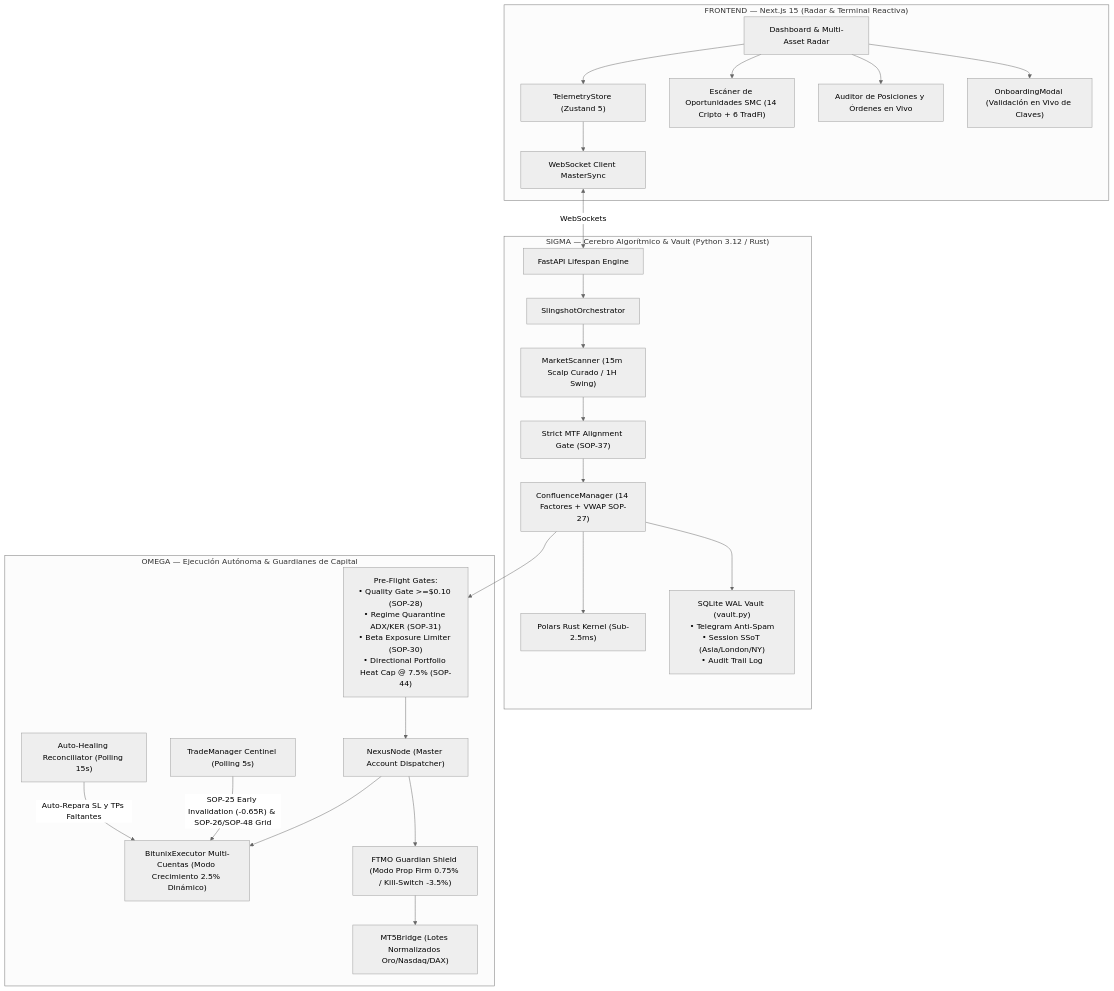
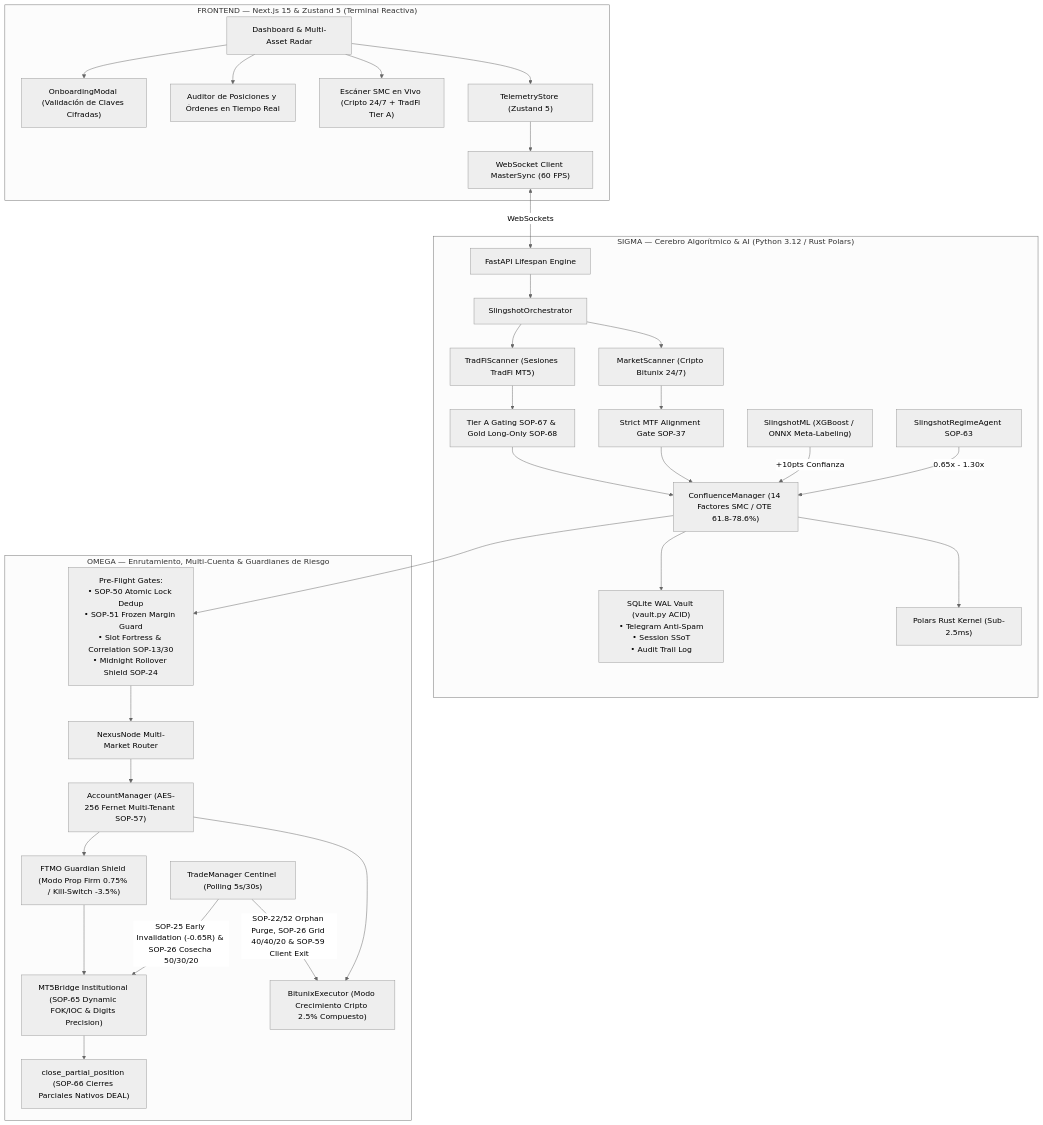
The diagram in README.md (matiquelmec/Slingshot), drawn with Mermaid (neutral theme) before and after one commit. The commit also changed other lines of this file and 14 other files, not shown here.

Commit message:
feat(execution): SOP-58 emergency SL breach exit, SOP-59 lifecycle alerts, dynamic precision & multi-account decoupling

````diff
--- a/README.md
+++ b/README.md
@@ -42,31 +59,38 @@
 ```mermaid
 graph TB
-    subgraph "FRONTEND — Next.js 15 (Radar & Terminal Reactiva)"
+    subgraph "FRONTEND — Next.js 15 & Zustand 5 (Terminal Reactiva)"
         A["Dashboard & Multi-Asset Radar"] --> B["TelemetryStore (Zustand 5)"]
-        B --> C["WebSocket Client MasterSync"]
-        A --> D["Escáner de Oportunidades SMC (14 Cripto + 6 TradFi)"]
-        A --> E["Auditor de Posiciones y Órdenes en Vivo"]
-        A --> OB["OnboardingModal (Validación en Vivo de Claves)"]
+        B --> C["WebSocket Client MasterSync (60 FPS)"]
+        A --> D["Escáner SMC en Vivo (Cripto 24/7 + TradFi Tier A)"]
+        A --> E["Auditor de Posiciones y Órdenes en Tiempo Real"]
+        A --> OB["OnboardingModal (Validación de Claves Cifradas)"]
     end
 
-    subgraph "SIGMA — Cerebro Algorítmico & Vault (Python 3.12 / Rust)"
+    subgraph "SIGMA — Cerebro Algorítmico & AI (Python 3.12 / Rust Polars)"
         J["FastAPI Lifespan Engine"] --> K["SlingshotOrchestrator"]
-        K --> L["MarketScanner (15m Scalp Curado / 1H Swing)"]
-        L --> MTF["Strict MTF Alignment Gate (SOP-37)"]
-        MTF --> M["ConfluenceManager (14 Factores + VWAP SOP-27)"]
+        K --> L1["MarketScanner (Cripto Bitunix 24/7)"]
+        K --> L2["TradFiScanner (Sesiones TradFi MT5)"]
+        L1 --> MTF["Strict MTF Alignment Gate SOP-37"]
+        L2 --> TIER["Tier A Gating SOP-67 & Gold Long-Only SOP-68"]
+        MTF --> M["ConfluenceManager (14 Factores SMC / OTE 61.8-78.6%)"]
+        TIER --> M
+        ML["SlingshotML (XGBoost / ONNX Meta-Labeling)"] -->|+10pts Confianza| M
+        REG["SlingshotRegimeAgent SOP-63"] -->|0.65x - 1.30x| M
         M --> POLARS["Polars Rust Kernel (Sub-2.5ms)"]
-        M --> V["SQLite WAL Vault (vault.py)<br/>• Telegram Anti-Spam<br/>• Session SSoT (Asia/London/NY)<br/>• Audit Trail Log"]
+        M --> V["SQLite WAL Vault (vault.py ACID)<br/>• Telegram Anti-Spam<br/>• Session SSoT<br/>• Audit Trail Log"]
     end
 
-    subgraph "OMEGA — Ejecución Autónoma & Guardianes de Capital"
-        M --> GATES["Pre-Flight Gates:<br/>• Quality Gate >=$0.10 (SOP-28)<br/>• Regime Quarantine ADX/KER (SOP-31)<br/>• Beta Exposure Limiter (SOP-30)<br/>• Directional Portfolio Heat Cap @ 7.5% (SOP-44)"]
-        GATES --> NX["NexusNode (Master Account Dispatcher)"]
-        NX --> BX["BitunixExecutor Multi-Cuentas (Modo Crecimiento 2.5% Dinámico)"]
-        NX --> FG["FTMO Guardian Shield (Modo Prop Firm 0.75% / Kill-Switch -3.5%)"]
-        FG --> MT5["MT5Bridge (Lotes Normalizados Oro/Nasdaq/DAX)"]
-        TM["TradeManager Centinel (Polling 5s)"] --> |"SOP-25 Early Invalidation (-0.65R) & SOP-26/SOP-48 Grid"| BX
-        AH["Auto-Healing Reconciliator (Polling 15s)"] --> |"Auto-Repara SL y TPs Faltantes"| BX
+    subgraph "OMEGA — Enrutamiento, Multi-Cuenta & Guardianes de Riesgo"
+        M --> GATES["Pre-Flight Gates:<br/>• SOP-50 Atomic Lock Dedup<br/>• SOP-51 Frozen Margin Guard<br/>• Slot Fortress & Correlation SOP-13/30<br/>• Midnight Rollover Shield SOP-24"]
+        GATES --> NX["NexusNode Multi-Market Router"]
+        NX --> MACC["AccountManager (AES-256 Fernet Multi-Tenant SOP-57)"]
+        MACC --> BX["BitunixExecutor (Modo Crecimiento Cripto 2.5% Compuesto)"]
+        MACC --> FG["FTMO Guardian Shield (Modo Prop Firm 0.75% / Kill-Switch -3.5%)"]
+        FG --> MT5["MT5Bridge Institutional (SOP-65 Dynamic FOK/IOC & Digits Precision)"]
+        MT5 --> DEAL["close_partial_position (SOP-66 Cierres Parciales Nativos DEAL)"]
+        TM["TradeManager Centinel (Polling 5s/30s)"] --> |"SOP-22/52 Orphan Purge, SOP-26 Grid 40/40/20 & SOP-59 Client Exit"| BX
+        TM --> |"SOP-25 Early Invalidation (-0.65R) & SOP-26 Cosecha 50/30/20"| MT5
     end
 
     C <--> |"WebSockets"| J
 ```
````
